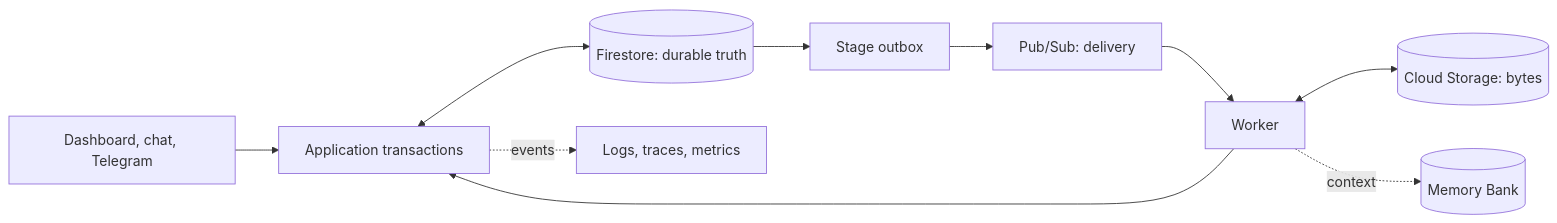
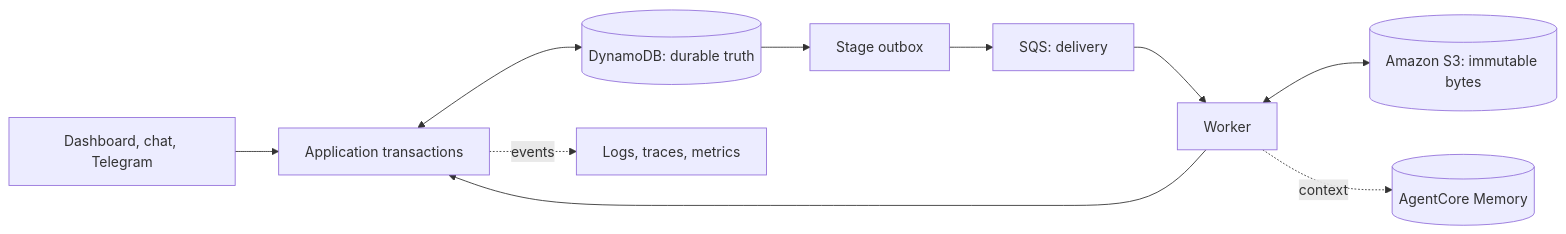
The diagram in docs/diagrams/state-ownership.mdx (danielAsaboro/harmonia-agents-for-humans), drawn with Mermaid before and after one commit. The commit also changed other lines of this file and 616 other files, not shown here.

````diff
--- a/docs/diagrams/state-ownership.mdx
+++ b/docs/diagrams/state-ownership.mdx
@@ -6,12 +6,12 @@
 ```mermaid
 flowchart LR
   UI[Dashboard, chat, Telegram] --> APP[Application transactions]
-  APP <--> FS[(Firestore: durable truth)]
+  APP <--> FS[(DynamoDB: durable truth)]
   FS --> OUT[Stage outbox]
-  OUT --> PS[Pub/Sub: delivery]
+  OUT --> PS[SQS: delivery]
   PS --> W[Worker]
   W --> APP
-  W <--> CS[(Cloud Storage: bytes)]
-  W -. context .-> MB[(Memory Bank)]
+  W <--> CS[(Amazon S3: immutable bytes)]
+  W -. context .-> MB[(AgentCore Memory)]
   APP -. events .-> TEL[Logs, traces, metrics]
 ```
````
